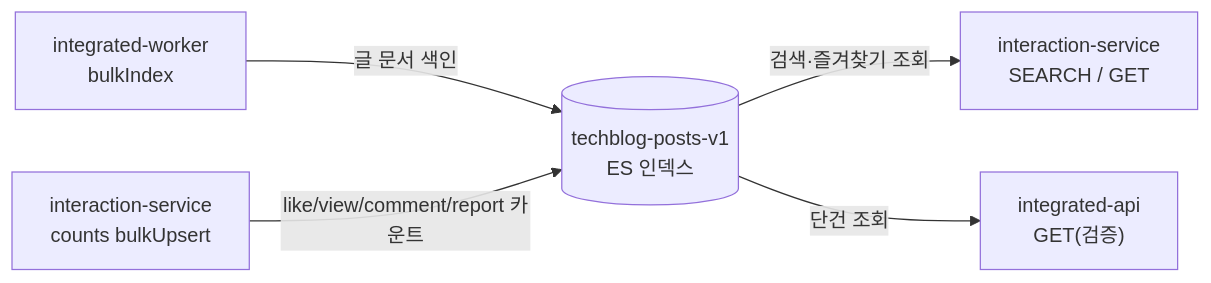
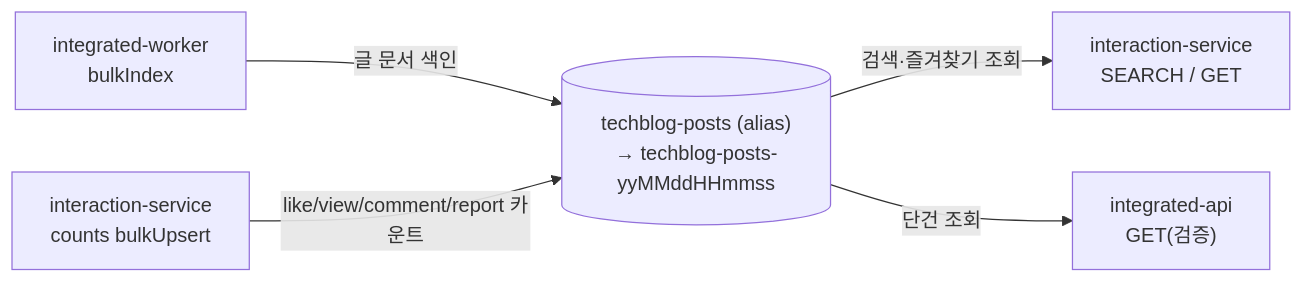
Before and after one commit to blog-josik-collector/backend: the diagram in docs/elasticsearch-configuration.md, drawn with Mermaid. The commit also changed other lines of this file and 13 other files, not shown here.

````diff
--- a/docs/elasticsearch-configuration.md
+++ b/docs/elasticsearch-configuration.md
@@ -246,13 +259,13 @@
 ```mermaid
 graph LR
     Worker["integrated-worker<br/>bulkIndex"]
     Sync["interaction-service<br/>counts bulkUpsert"]
-    Index[("techblog-posts-v1<br/>ES 인덱스")]
+    Index[("techblog-posts (alias)<br/>→ techblog-posts-yyMMddHHmmss")]
     Search["interaction-service<br/>SEARCH / GET"]
     Verify["integrated-api<br/>GET(검증)"]
 
     Worker -->|글 문서 색인| Index
     Sync -->|like/view/comment/report 카운트| Index
     Index -->|검색·즐겨찾기 조회| Search
     Index -->|단건 조회| Verify
 ```
````
